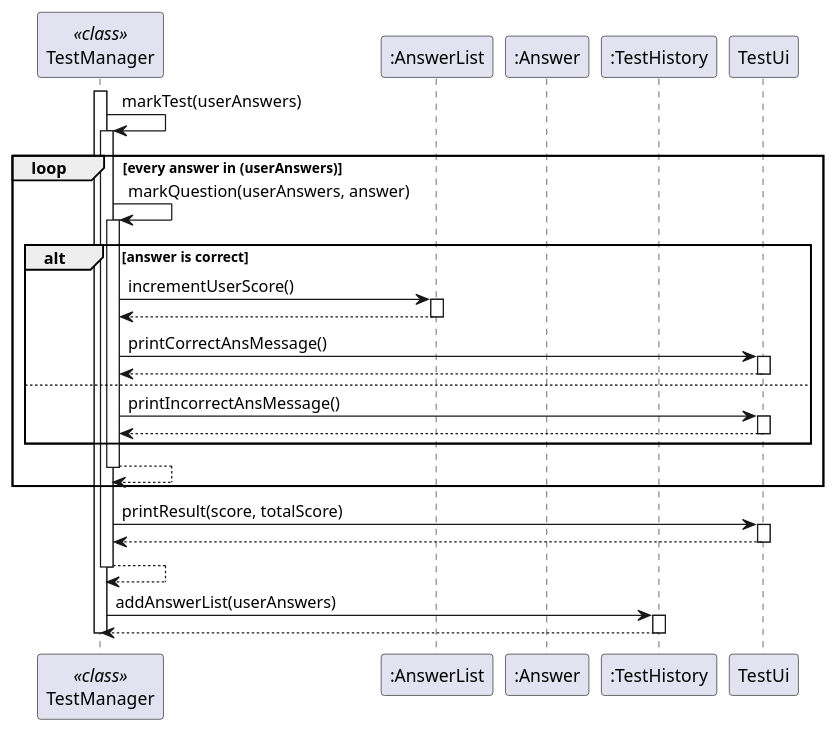
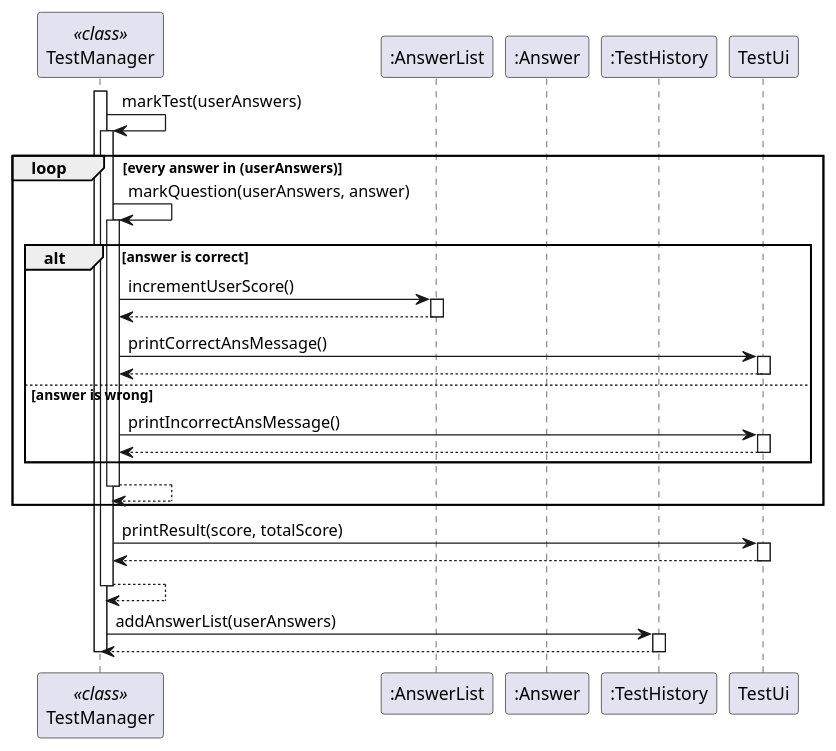
Before and after one commit to xkisxk/tp: the diagram in docs/uml/markTestSequenceDiagram.puml, drawn with PlantUML. The commit also changed 3 other files, not shown here.

Commit message:
Fixed errors in sequence diagrams

```diff
--- a/docs/uml/markTestSequenceDiagram.puml
+++ b/docs/uml/markTestSequenceDiagram.puml
@@ -1,52 +1,52 @@
 @startuml
 participant "TestManager" as TestManager << class >>
 participant ":AnswerList" as AnswerList
 participant ":Answer" as Answer
 participant ":TestHistory" as TestHistory
 
 activate TestManager
 
 TestManager -> TestManager : markTest(userAnswers)
 activate TestManager
 
 loop every answer in (userAnswers)
 
 TestManager -> TestManager : markQuestion(userAnswers, answer)
 activate TestManager
 
 alt answer is correct
 TestManager -> AnswerList : incrementUserScore()
 activate AnswerList
 AnswerList --> TestManager
 deactivate AnswerList
 
 TestManager -> TestUi : printCorrectAnsMessage()
 activate TestUi
 TestUi --> TestManager
 deactivate TestUi
-else
+else answer is wrong
 TestManager -> TestUi : printIncorrectAnsMessage()
 activate TestUi
 TestUi --> TestManager
 deactivate TestUi
 end
 
 TestManager --> TestManager
 deactivate TestManager
 end
 
 TestManager -> TestUi : printResult(score, totalScore)
 activate TestUi
 TestUi --> TestManager
 deactivate TestUi
 
 TestManager --> TestManager
 deactivate TestManager
 
 TestManager -> TestHistory : addAnswerList(userAnswers)
 activate TestHistory
 TestHistory --> TestManager
 deactivate TestHistory
 deactivate TestManager
 
 @enduml
```
